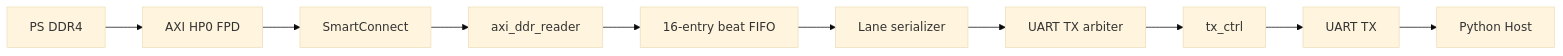
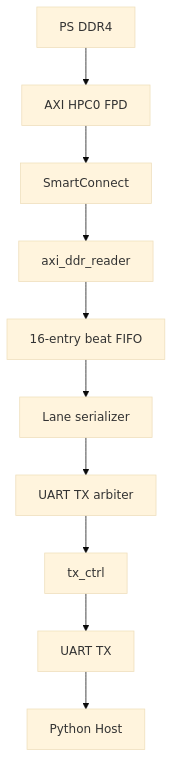
One commit to RESBI/FPGA-Mandelbrot-Demo changed the eighth of 8 diagrams in doc/ARCHITECTURE_EVOLUTION_REPORT.md. Above: the diagram before and after it, drawn with Mermaid (base theme). The commit also changed other lines of this file and 64 other files, not shown here.

First line of the commit message:
Clean up unused files, fix mermaid diagrams to top-to-bottom layout

````diff
--- a/doc/ARCHITECTURE_EVOLUTION_REPORT.md
+++ b/doc/ARCHITECTURE_EVOLUTION_REPORT.md
@@ -1327,12 +1327,12 @@
 ```mermaid
-flowchart LR
-    PSDDR[PS DDR4] --> HP[AXI HP0 FPD]
+    flowchart TB
+    PSDDR[PS DDR4] --> HP[AXI HPC0 FPD]
     HP --> SmartConn[SmartConnect]
     SmartConn --> Reader[axi_ddr_reader]
     Reader --> BeatFIFO[16-entry beat FIFO]
     BeatFIFO --> Serial[Lane serializer]
     Serial --> TXArb[UART TX arbiter]
     TXArb --> TXC[tx_ctrl]
     TXC --> UART[UART TX]
     UART --> PC[Python Host]
 ```
````
